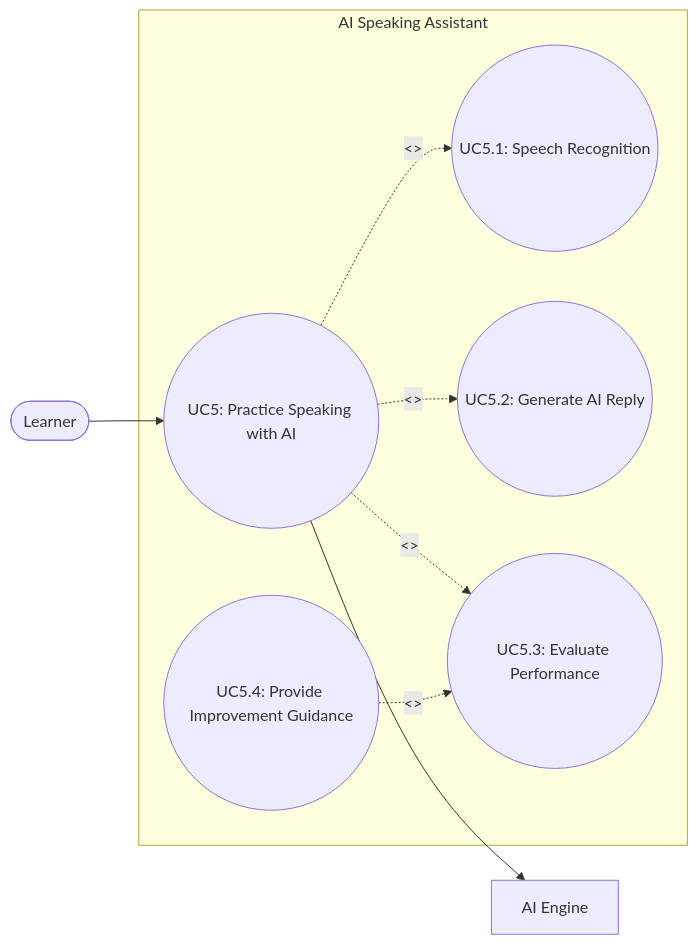
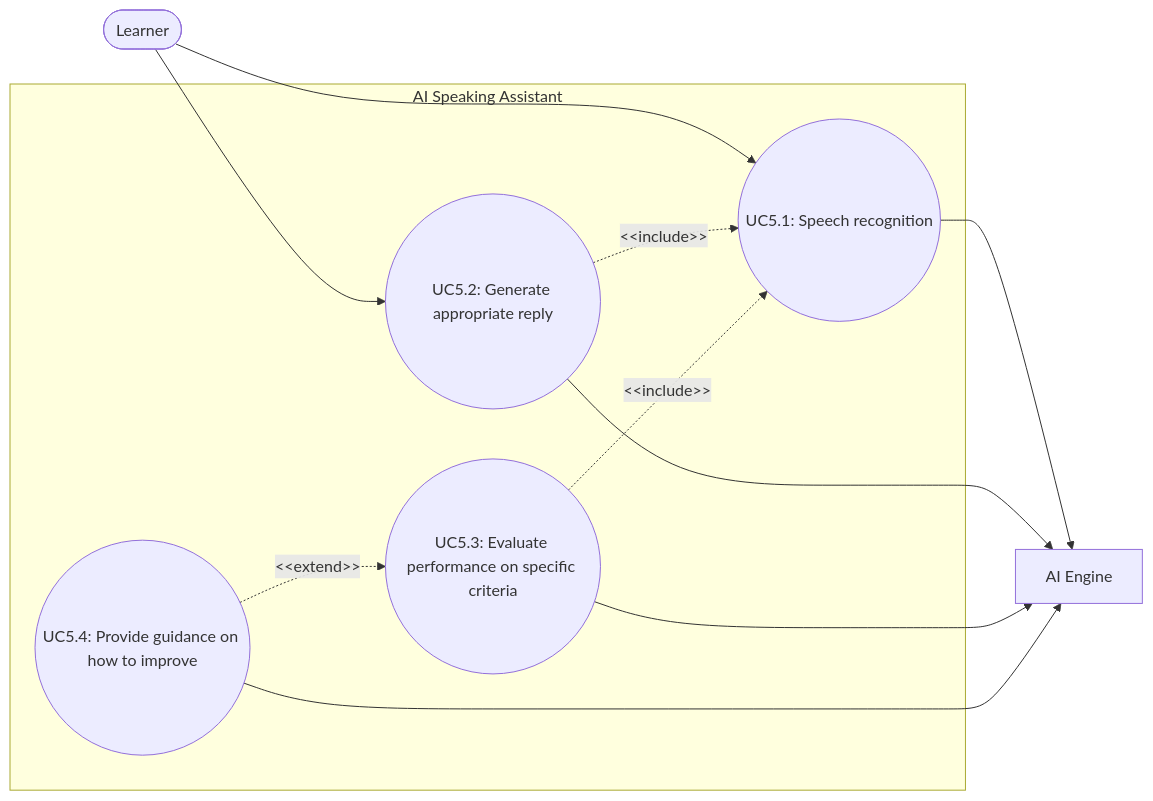
The fifth of 5 diagrams in PA5-Group09/PA3-Group09/report.md (mthupham/STUDIFY), drawn with Mermaid before and after one commit. The commit also changed other lines of this file and 436 other files, not shown here.

````diff
--- a/PA5-Group09/PA3-Group09/report.md
+++ b/PA5-Group09/PA3-Group09/report.md
@@ -240,29 +260,29 @@
 ``` mermaid
 flowchart LR
     %% Actors
     Learner(["Learner"])
     AI["AI Engine"]
 
     %% System Boundary
     subgraph AI_Speaking_Assistant ["AI Speaking Assistant"]
-        UC5(("UC5: Practice Speaking with AI"))
-        UC51(("UC5.1: Speech Recognition"))
-        UC52(("UC5.2: Generate AI Reply"))
-        UC53(("UC5.3: Evaluate Performance"))
-        UC54(("UC5.4: Provide Improvement Guidance"))
+        UC51(("UC5.1: Speech recognition"))
+        UC52(("UC5.2: Generate appropriate reply"))
+        UC53(("UC5.3: Evaluate performance on specific criteria"))
+        UC54(("UC5.4: Provide guidance on how to improve"))
     end
 
-    %% Primary Actor Interactions
-    Learner --> UC5
+    %% Primary Interactions
+    Learner --> UC51
+    Learner --> UC52
 
-    %% Include Relationships 
-    UC5 -. "<<include>>" .-> UC51
-    UC5 -. "<<include>>" .-> UC52
-    UC5 -. "<<include>>" .-> UC53
-
-    %% Extend Relationship 
-    UC54 -. "<<extend>>" .-> UC53
+    %% Relationships
+    UC52 -.->|&lt;&lt;include&gt;&gt;| UC51
+    UC53 -.->|&lt;&lt;include&gt;&gt;| UC51
+    UC54 -.->|&lt;&lt;extend&gt;&gt;| UC53
 
     %% Secondary Actor Interactions
-    UC5 --> AI
+    UC51 --> AI
+    UC52 --> AI
+    UC53 --> AI
+    UC54 --> AI
 ```
````
